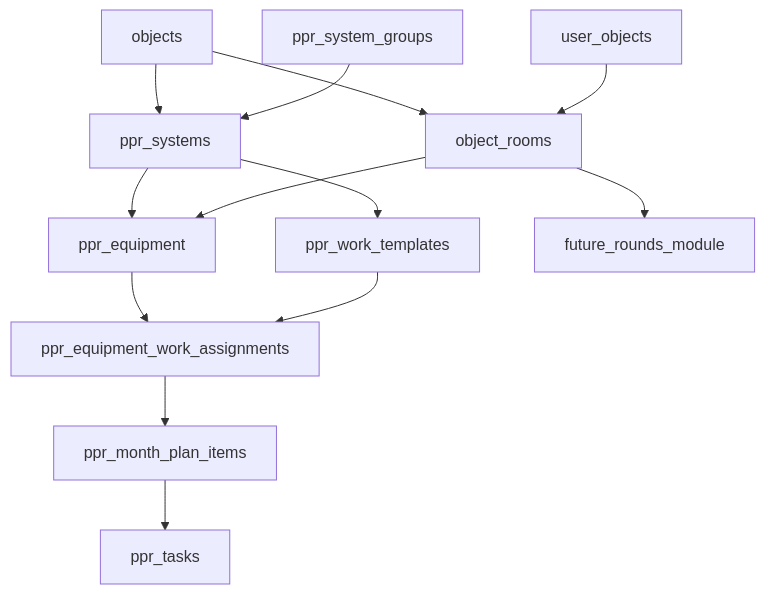
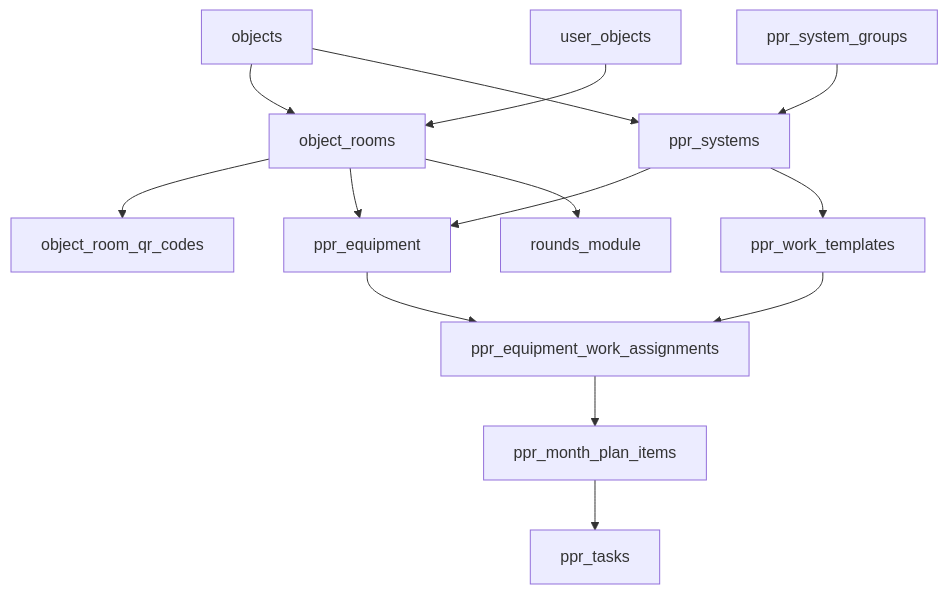
One commit to Niyaz199/unaittasks changed the diagram in docs/PPR_ARCHITECTURE.md. Above: the diagram before and after it, drawn with Mermaid. The commit also changed other lines of this file and 17 other files, not shown here.

````diff
--- a/docs/PPR_ARCHITECTURE.md
+++ b/docs/PPR_ARCHITECTURE.md
@@ -56,27 +57,29 @@
 ```mermaid
 flowchart TD
   objects[objects]
   userObjects[user_objects]
   objectRooms[object_rooms]
+  roomQr[object_room_qr_codes]
   systemGroups[ppr_system_groups]
   systems[ppr_systems]
   equipment[ppr_equipment]
   templates[ppr_work_templates]
   assignments[ppr_equipment_work_assignments]
   monthPlans[ppr_month_plan_items]
   pprTasks[ppr_tasks]
-  rounds[future_rounds_module]
+  rounds[rounds_module]
 
   objects --> objectRooms
   userObjects --> objectRooms
+  objectRooms --> roomQr
   objects --> systems
   systemGroups --> systems
   systems --> equipment
   objectRooms --> equipment
   systems --> templates
   equipment --> assignments
   templates --> assignments
   assignments --> monthPlans
   monthPlans --> pprTasks
   objectRooms --> rounds
 ```
````
